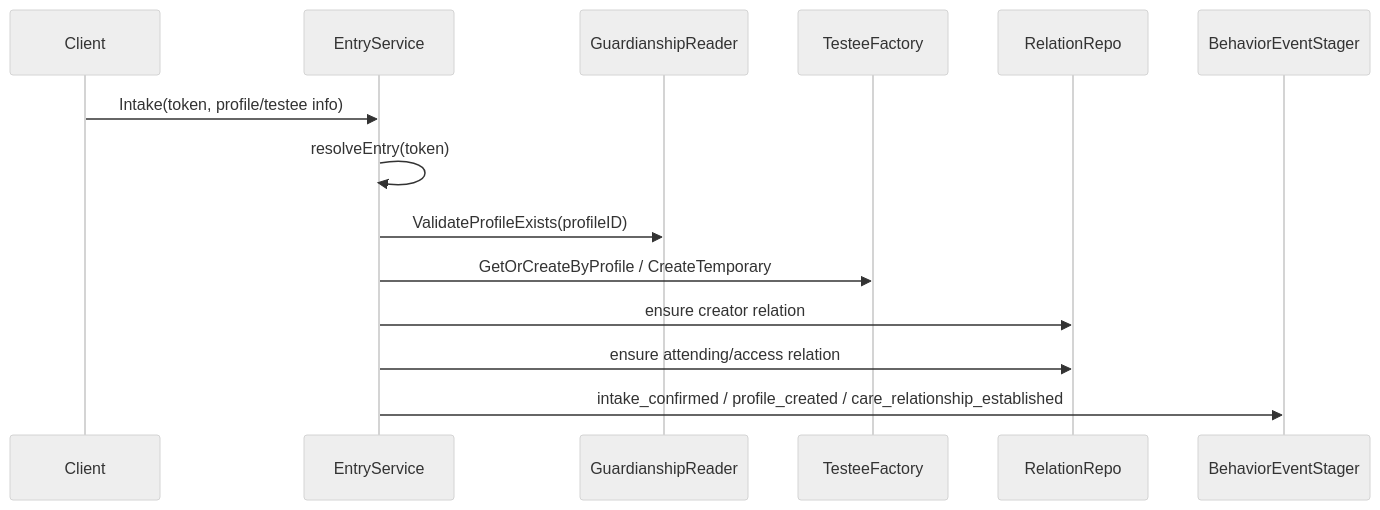
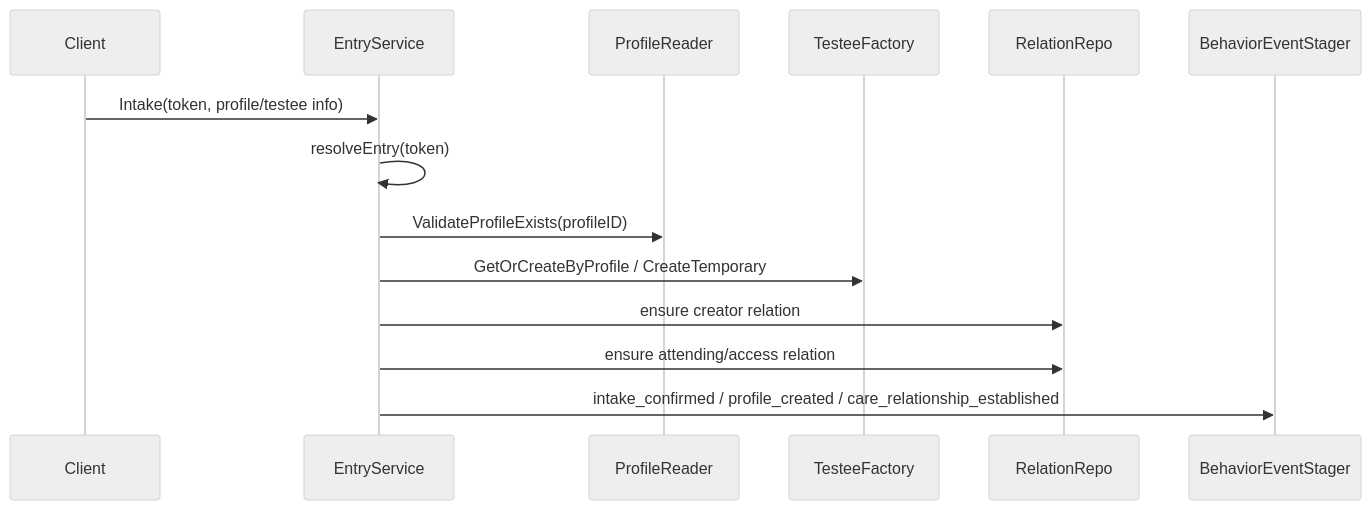
Before and after one commit to FangcunMount/qs-server: the third of 3 diagrams in docs/02-业务模块/actor/03-AssessmentEntry与IAM边界.md, drawn with Mermaid (neutral theme). The commit also changed other lines of this file and 26 other files, not shown here.

Commit message:
pref ProfileLink 概念替代 Guardianship 概念

````diff
--- a/docs/02-业务模块/actor/03-AssessmentEntry与IAM边界.md
+++ b/docs/02-业务模块/actor/03-AssessmentEntry与IAM边界.md
@@ -122,17 +122,17 @@
 ```mermaid
 sequenceDiagram
     participant Client
     participant App as EntryService
-    participant IAM as GuardianshipReader
+    participant IAM as ProfileReader
     participant TesteeFactory
     participant RelationRepo
     participant Events as BehaviorEventStager
 
     Client->>App: Intake(token, profile/testee info)
     App->>App: resolveEntry(token)
     App->>IAM: ValidateProfileExists(profileID)
     App->>TesteeFactory: GetOrCreateByProfile / CreateTemporary
     App->>RelationRepo: ensure creator relation
     App->>RelationRepo: ensure attending/access relation
     App->>Events: intake_confirmed / profile_created / care_relationship_established
 ```
````
